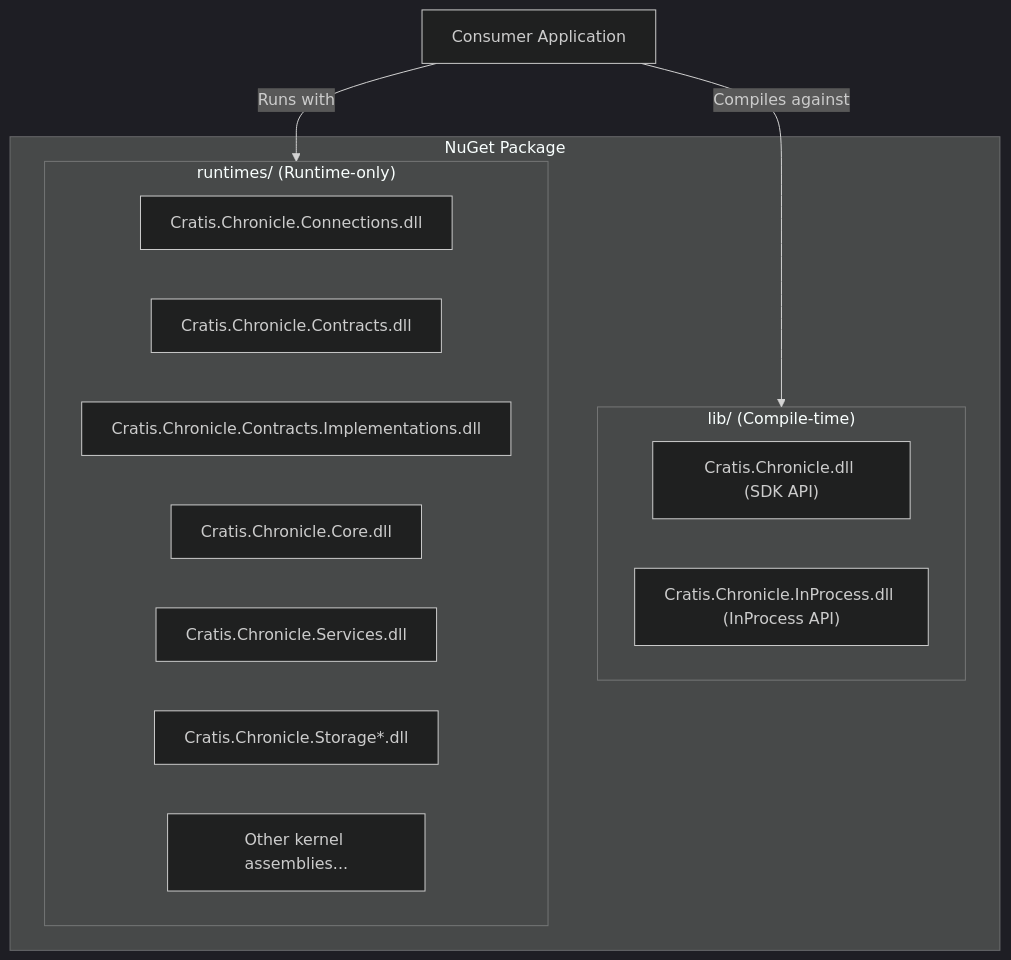
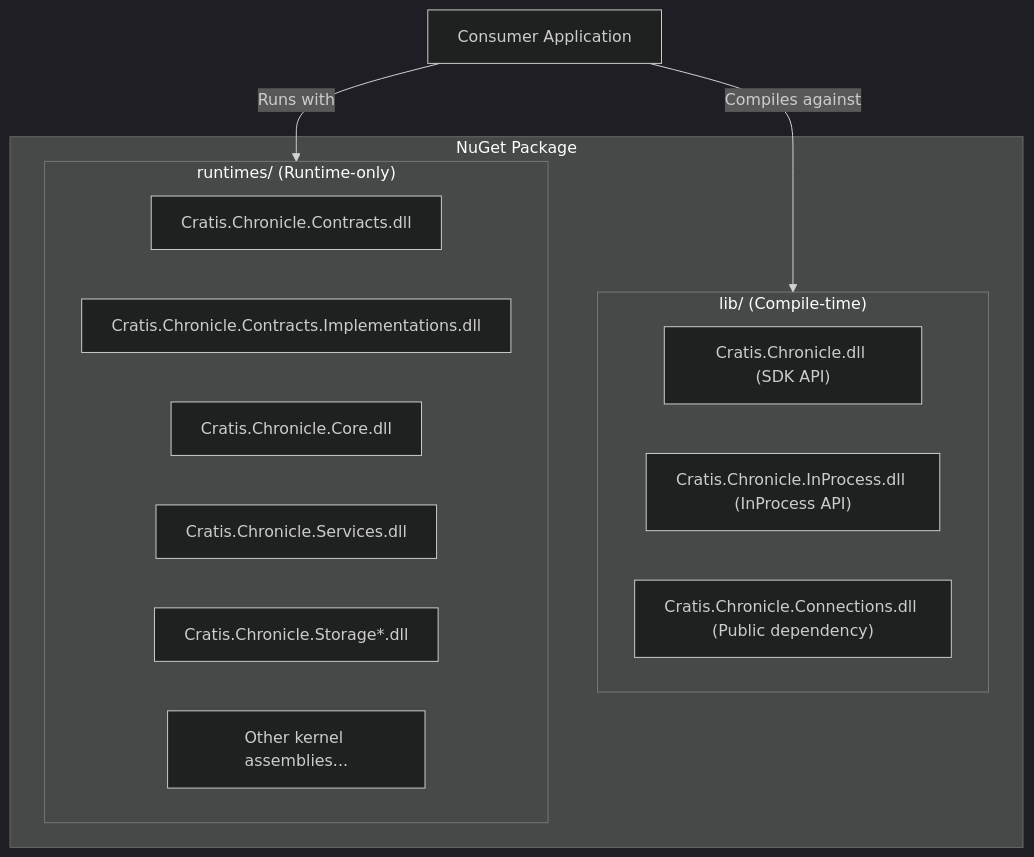
The first of 2 diagrams in Documentation/contributing/clients/internalization.md (Cratis/Chronicle), drawn with Mermaid (dark theme) before and after one commit. The commit also changed other lines of this file and 404 other files, not shown here.

````diff
--- a/Documentation/contributing/clients/internalization.md
+++ b/Documentation/contributing/clients/internalization.md
@@ -34,22 +35,22 @@
 ```mermaid
 flowchart TB
     subgraph NuGet["NuGet Package"]
         subgraph lib["lib/ (Compile-time)"]
             SDK["Cratis.Chronicle.dll (SDK API)"]
             InProcess["Cratis.Chronicle.InProcess.dll (InProcess API)"]
+            Connections["Cratis.Chronicle.Connections.dll (Public dependency)"]
         end
         subgraph runtimes["runtimes/ (Runtime-only)"]
-            Connections["Cratis.Chronicle.Connections.dll"]
             Contracts["Cratis.Chronicle.Contracts.dll"]
             ContractsImpl["Cratis.Chronicle.Contracts.Implementations.dll"]
             Core["Cratis.Chronicle.Core.dll"]
             Services["Cratis.Chronicle.Services.dll"]
             Storage["Cratis.Chronicle.Storage*.dll"]
             Others["Other kernel assemblies..."]
         end
     end
 
     Consumer["Consumer Application"]
     Consumer -->|"Compiles against"| lib
     Consumer -->|"Runs with"| runtimes
 ```
````
